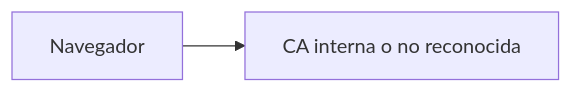
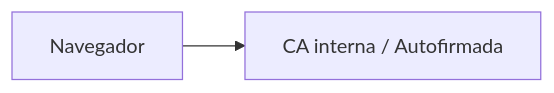
One commit to ieftraining/curso-openshift changed the ninth of 9 diagrams in docs/sesion2/2.2 Exponer aplicaciones.md. Above: the diagram before and after it, drawn with Mermaid. The commit also changed other lines of this file, not shown here.

````diff
--- a/docs/sesion2/2.2 Exponer aplicaciones.md
+++ b/docs/sesion2/2.2 Exponer aplicaciones.md
@@ -376,7 +416,7 @@
 ```mermaid
 flowchart LR
     N[Navegador]
-    CA[CA interna o no reconocida]
+    CA[CA interna / Autofirmada]
 
     N --> CA
 ```
````
